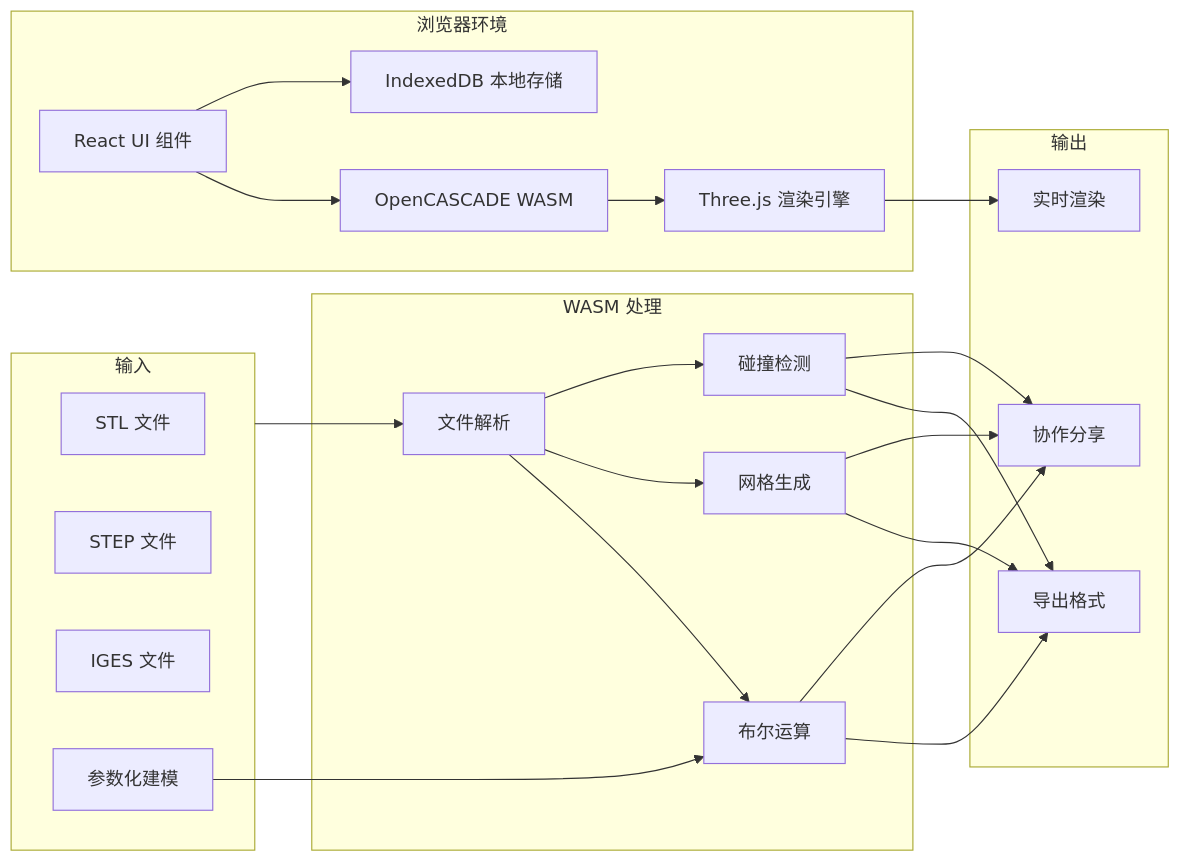
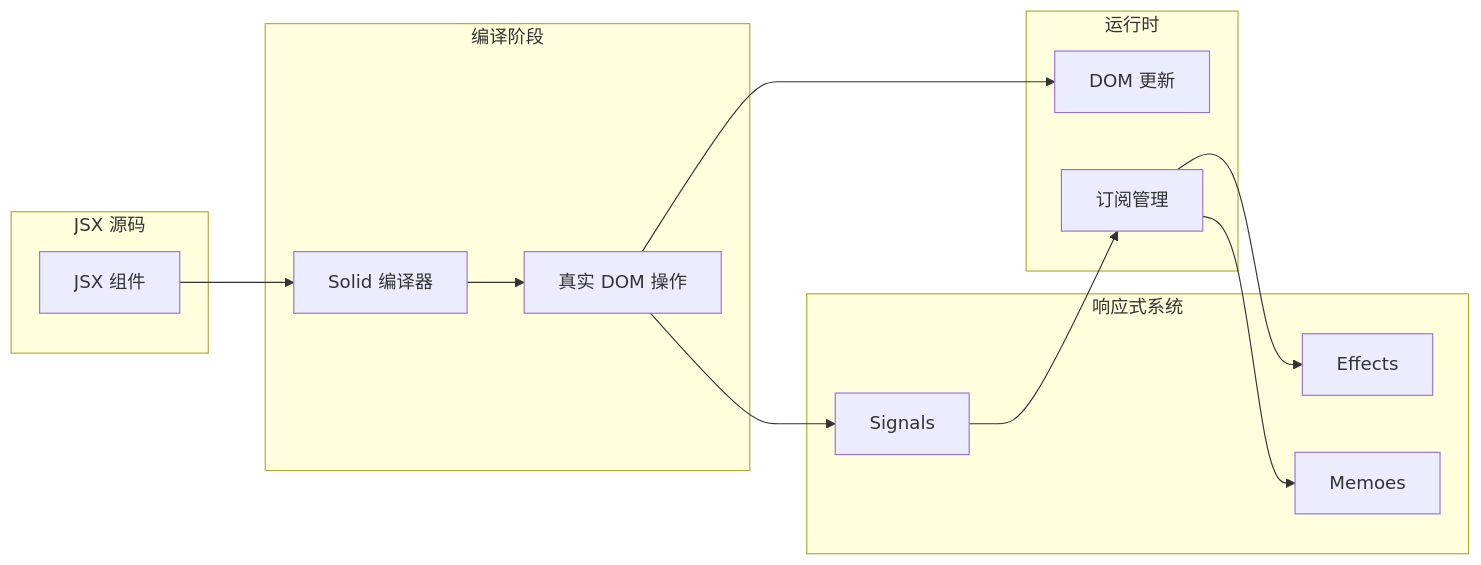
Before and after one commit to Shyu-x/frontend-interview: the eighth of 21 diagrams in docs/open-source/trending.md, drawn with Mermaid. The commit also changed other lines of this file, not shown here.

````diff
--- a/docs/open-source/trending.md
+++ b/docs/open-source/trending.md
@@ -1653,36 +1774,26 @@
 ```mermaid
 flowchart LR
-    subgraph 浏览器["浏览器环境"]
-        UI[React UI 组件]
-        WASM[OpenCASCADE WASM]
-        Three[Three.js 渲染引擎]
-        IDB[IndexedDB 本地存储]
+    subgraph 源码["JSX 源码"]
+        JSX[JSX 组件]
     end
 
-    subgraph 输入["输入"]
-        STL[STL 文件]
-        STEP[STEP 文件]
-        IGES[IGES 文件]
-        参数[参数化建模]
+    subgraph 编译["编译阶段"]
+        COMP[Solid 编译器]
+        DOM[真实 DOM 操作]
     end
 
-    subgraph 处理["WASM 处理"]
-        解析[文件解析]
-        布尔[布尔运算]
-        网格[网格生成]
-        碰撞[碰撞检测]
+    subgraph 响应式["响应式系统"]
+        SIG[Signals]
+        EFF[Effects]
+        MEM[Memoes]
     end
 
-    subgraph 输出["输出"]
-        渲染[实时渲染]
-        导出[导出格式]
-        协作[协作分享]
+    subgraph 输出["运行时"]
+        RENDER[DOM 更新]
+        SUBS[订阅管理]
     end
 
-    UI --> WASM
-    WASM --> Three --> 渲染
-    UI --> IDB
-    输入 --> 解析 --> 布尔 & 网格 & 碰撞
-    参数 --> 布尔
-    布尔 & 网格 & 碰撞 --> 导出 & 协作
+    JSX --> COMP --> DOM --> RENDER
+    SIG --> SUBS --> EFF & MEM
+    DOM --> SIG
 ```
````
